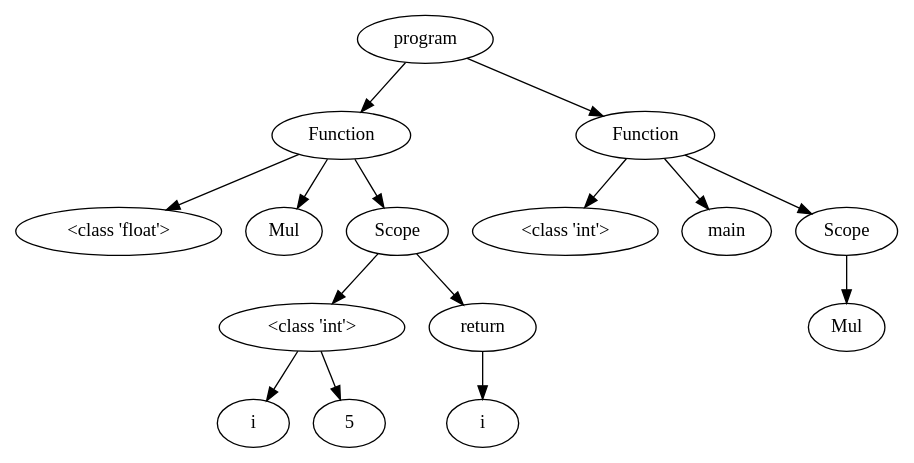
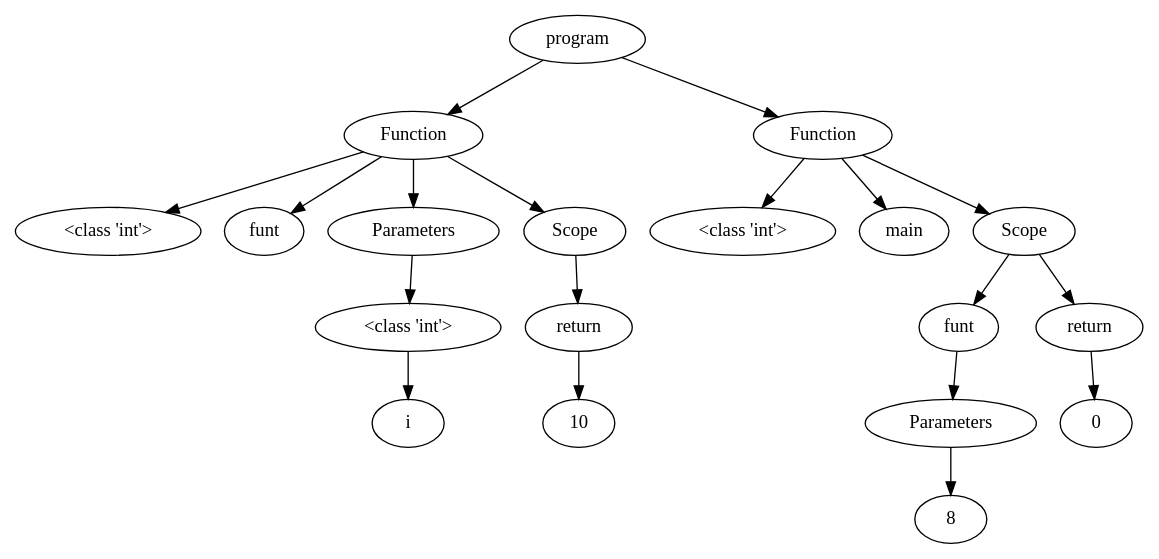
One commit to NielsVandenBroeck/COMP_Compiler changed the diagram in OutputFiles/dotVisualization.dot. Above: the diagram before and after it, drawn with Graphviz. The commit also changed 10 other files, not shown here.

```diff
--- a/OutputFiles/dotVisualization.dot
+++ b/OutputFiles/dotVisualization.dot
@@ -1,37 +1,49 @@
 digraph G { 
-"<AST.AST object at 0x0000015851C72940> (0)"[label="program"]
-"<AST.ASTFunction object at 0x0000015851C72D00> (1)"[label="Function"]
-"<AST.AST object at 0x0000015851C72940> (0)"->"<AST.ASTFunction object at 0x0000015851C72D00> (1)"
-"<AST.ASTFunction object at 0x0000015851C72D00> (1)"[label="Function"]
-"<AST.ASTDataType object at 0x0000015851C72AF0> (2)"[label="<class 'float'>"]
-"<AST.ASTFunction object at 0x0000015851C72D00> (1)"->"<AST.ASTDataType object at 0x0000015851C72AF0> (2)"
-"<AST.ASTFunctionName object at 0x0000015851C724F0> (2)"[label="Mul"]
-"<AST.ASTFunction object at 0x0000015851C72D00> (1)"->"<AST.ASTFunctionName object at 0x0000015851C724F0> (2)"
-"<AST.ASTScope object at 0x0000015851C72EB0> (2)"[label="Scope"]
-"<AST.ASTFunction object at 0x0000015851C72D00> (1)"->"<AST.ASTScope object at 0x0000015851C72EB0> (2)"
-"<AST.ASTScope object at 0x0000015851C72EB0> (2)"[label="Scope"]
-"<AST.ASTDataType object at 0x0000015851C722E0> (3)"[label="<class 'int'>"]
-"<AST.ASTScope object at 0x0000015851C72EB0> (2)"->"<AST.ASTDataType object at 0x0000015851C722E0> (3)"
-"<AST.ASTDataType object at 0x0000015851C722E0> (3)"[label="<class 'int'>"]
-"<AST.ASTVariable object at 0x0000015851C727C0> (4)"[label="i"]
-"<AST.ASTDataType object at 0x0000015851C722E0> (3)"->"<AST.ASTVariable object at 0x0000015851C727C0> (4)"
-"<AST.AST object at 0x0000015851C72640> (4)"[label="5"]
-"<AST.ASTDataType object at 0x0000015851C722E0> (3)"->"<AST.AST object at 0x0000015851C72640> (4)"
-"<AST.ASTReturn object at 0x0000015851C72820> (3)"[label="return"]
-"<AST.ASTScope object at 0x0000015851C72EB0> (2)"->"<AST.ASTReturn object at 0x0000015851C72820> (3)"
-"<AST.ASTReturn object at 0x0000015851C72820> (3)"[label="return"]
-"<AST.ASTVariable object at 0x0000015851C72A00> (4)"[label="i"]
-"<AST.ASTReturn object at 0x0000015851C72820> (3)"->"<AST.ASTVariable object at 0x0000015851C72A00> (4)"
-"<AST.ASTFunction object at 0x0000015851C72610> (1)"[label="Function"]
-"<AST.AST object at 0x0000015851C72940> (0)"->"<AST.ASTFunction object at 0x0000015851C72610> (1)"
-"<AST.ASTFunction object at 0x0000015851C72610> (1)"[label="Function"]
-"<AST.ASTDataType object at 0x0000015851C72760> (2)"[label="<class 'int'>"]
-"<AST.ASTFunction object at 0x0000015851C72610> (1)"->"<AST.ASTDataType object at 0x0000015851C72760> (2)"
-"<AST.ASTFunctionName object at 0x0000015851C72100> (2)"[label="main"]
-"<AST.ASTFunction object at 0x0000015851C72610> (1)"->"<AST.ASTFunctionName object at 0x0000015851C72100> (2)"
-"<AST.ASTScope object at 0x0000015851C72190> (2)"[label="Scope"]
-"<AST.ASTFunction object at 0x0000015851C72610> (1)"->"<AST.ASTScope object at 0x0000015851C72190> (2)"
-"<AST.ASTScope object at 0x0000015851C72190> (2)"[label="Scope"]
-"<AST.ASTFunctionName object at 0x0000015851C72CA0> (3)"[label="Mul"]
-"<AST.ASTScope object at 0x0000015851C72190> (2)"->"<AST.ASTFunctionName object at 0x0000015851C72CA0> (3)"
+"<AST.AST object at 0x0000017E8E4C47C0> (0)"[label="program"]
+"<AST.ASTFunction object at 0x0000017E8E4C4A30> (1)"[label="Function"]
+"<AST.AST object at 0x0000017E8E4C47C0> (0)"->"<AST.ASTFunction object at 0x0000017E8E4C4A30> (1)"
+"<AST.ASTFunction object at 0x0000017E8E4C4A30> (1)"[label="Function"]
+"<AST.ASTDataType object at 0x0000017E8E4C41C0> (2)"[label="<class 'int'>"]
+"<AST.ASTFunction object at 0x0000017E8E4C4A30> (1)"->"<AST.ASTDataType object at 0x0000017E8E4C41C0> (2)"
+"<AST.ASTFunctionName object at 0x0000017E8E4C4550> (2)"[label="funt"]
+"<AST.ASTFunction object at 0x0000017E8E4C4A30> (1)"->"<AST.ASTFunctionName object at 0x0000017E8E4C4550> (2)"
+"<AST.ASTParameters object at 0x0000017E8E4C46D0> (2)"[label="Parameters"]
+"<AST.ASTFunction object at 0x0000017E8E4C4A30> (1)"->"<AST.ASTParameters object at 0x0000017E8E4C46D0> (2)"
+"<AST.ASTParameters object at 0x0000017E8E4C46D0> (2)"[label="Parameters"]
+"<AST.ASTDataType object at 0x0000017E8E4C4C10> (3)"[label="<class 'int'>"]
+"<AST.ASTParameters object at 0x0000017E8E4C46D0> (2)"->"<AST.ASTDataType object at 0x0000017E8E4C4C10> (3)"
+"<AST.ASTDataType object at 0x0000017E8E4C4C10> (3)"[label="<class 'int'>"]
+"<AST.ASTVariable object at 0x0000017E8E4C4970> (4)"[label="i"]
+"<AST.ASTDataType object at 0x0000017E8E4C4C10> (3)"->"<AST.ASTVariable object at 0x0000017E8E4C4970> (4)"
+"<AST.ASTScope object at 0x0000017E8E4C4A90> (2)"[label="Scope"]
+"<AST.ASTFunction object at 0x0000017E8E4C4A30> (1)"->"<AST.ASTScope object at 0x0000017E8E4C4A90> (2)"
+"<AST.ASTScope object at 0x0000017E8E4C4A90> (2)"[label="Scope"]
+"<AST.ASTReturn object at 0x0000017E8E4C4520> (3)"[label="return"]
+"<AST.ASTScope object at 0x0000017E8E4C4A90> (2)"->"<AST.ASTReturn object at 0x0000017E8E4C4520> (3)"
+"<AST.ASTReturn object at 0x0000017E8E4C4520> (3)"[label="return"]
+"<AST.AST object at 0x0000017E8E4C4190> (4)"[label="10"]
+"<AST.ASTReturn object at 0x0000017E8E4C4520> (3)"->"<AST.AST object at 0x0000017E8E4C4190> (4)"
+"<AST.ASTFunction object at 0x0000017E8E4C4700> (1)"[label="Function"]
+"<AST.AST object at 0x0000017E8E4C47C0> (0)"->"<AST.ASTFunction object at 0x0000017E8E4C4700> (1)"
+"<AST.ASTFunction object at 0x0000017E8E4C4700> (1)"[label="Function"]
+"<AST.ASTDataType object at 0x0000017E8E4C4A00> (2)"[label="<class 'int'>"]
+"<AST.ASTFunction object at 0x0000017E8E4C4700> (1)"->"<AST.ASTDataType object at 0x0000017E8E4C4A00> (2)"
+"<AST.ASTFunctionName object at 0x0000017E8E4C4160> (2)"[label="main"]
+"<AST.ASTFunction object at 0x0000017E8E4C4700> (1)"->"<AST.ASTFunctionName object at 0x0000017E8E4C4160> (2)"
+"<AST.ASTScope object at 0x0000017E8E4C4070> (2)"[label="Scope"]
+"<AST.ASTFunction object at 0x0000017E8E4C4700> (1)"->"<AST.ASTScope object at 0x0000017E8E4C4070> (2)"
+"<AST.ASTScope object at 0x0000017E8E4C4070> (2)"[label="Scope"]
+"<AST.ASTFunctionName object at 0x0000017E8E4C4940> (3)"[label="funt"]
+"<AST.ASTScope object at 0x0000017E8E4C4070> (2)"->"<AST.ASTFunctionName object at 0x0000017E8E4C4940> (3)"
+"<AST.ASTFunctionName object at 0x0000017E8E4C4940> (3)"[label="funt"]
+"<AST.ASTParameters object at 0x0000017E8E4C4310> (4)"[label="Parameters"]
+"<AST.ASTFunctionName object at 0x0000017E8E4C4940> (3)"->"<AST.ASTParameters object at 0x0000017E8E4C4310> (4)"
+"<AST.ASTParameters object at 0x0000017E8E4C4310> (4)"[label="Parameters"]
+"<AST.AST object at 0x0000017E8E4C42E0> (5)"[label="8"]
+"<AST.ASTParameters object at 0x0000017E8E4C4310> (4)"->"<AST.AST object at 0x0000017E8E4C42E0> (5)"
+"<AST.ASTReturn object at 0x0000017E8E4C44C0> (3)"[label="return"]
+"<AST.ASTScope object at 0x0000017E8E4C4070> (2)"->"<AST.ASTReturn object at 0x0000017E8E4C44C0> (3)"
+"<AST.ASTReturn object at 0x0000017E8E4C44C0> (3)"[label="return"]
+"<AST.AST object at 0x0000017E8E4C4AF0> (4)"[label="0"]
+"<AST.ASTReturn object at 0x0000017E8E4C44C0> (3)"->"<AST.AST object at 0x0000017E8E4C4AF0> (4)"
 }
```
